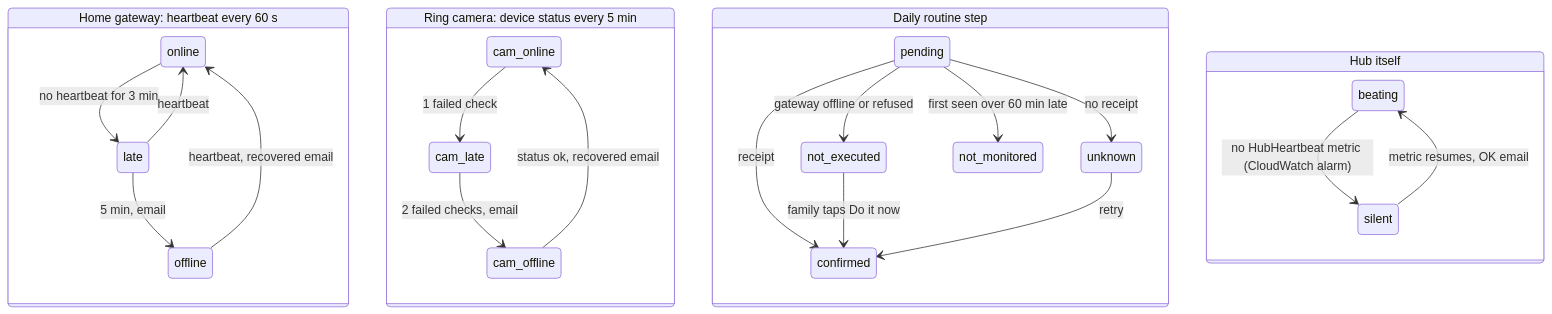
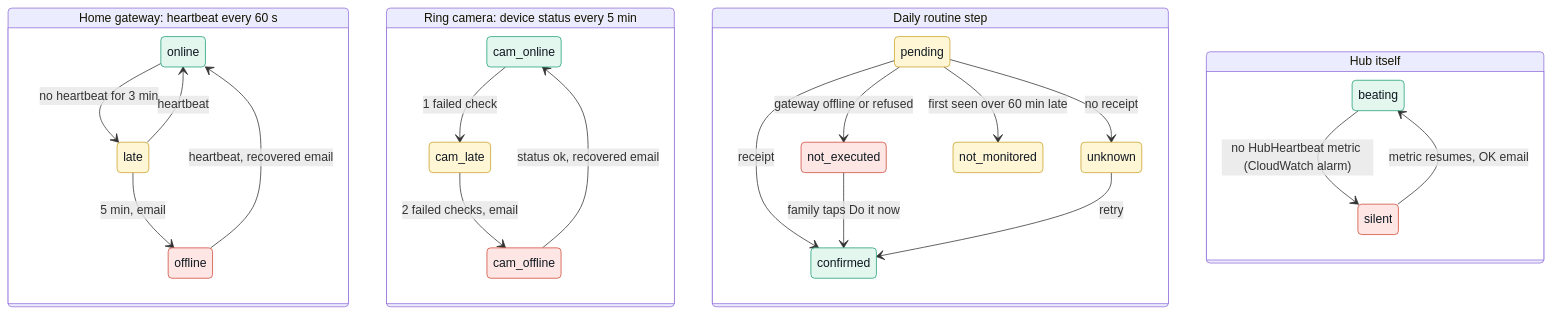
One commit to jiarong0423/ring-home-mcp-hub changed the fourth of 5 diagrams in docs/ARCHITECTURE.md. Above: the diagram before and after it, drawn with Mermaid. The commit also changed other lines of this file and 6 other files, not shown here.

````diff
--- a/docs/ARCHITECTURE.md
+++ b/docs/ARCHITECTURE.md
@@ -114,26 +138,32 @@
 ```mermaid
 stateDiagram-v2
   state "Home gateway: heartbeat every 60 s" as GW {
     online --> late: no heartbeat for 3 min
     late --> offline: 5 min, email
     late --> online: heartbeat
     offline --> online: heartbeat, recovered email
   }
   state "Ring camera: device status every 5 min" as CAM {
     cam_online --> cam_late: 1 failed check
     cam_late --> cam_offline: 2 failed checks, email
     cam_offline --> cam_online: status ok, recovered email
   }
   state "Daily routine step" as RUN {
     pending --> confirmed: receipt
     pending --> not_executed: gateway offline or refused
     pending --> unknown: no receipt
     pending --> not_monitored: first seen over 60 min late
     not_executed --> confirmed: family taps Do it now
     unknown --> confirmed: retry
   }
   state "Hub itself" as HUBS {
     beating --> silent: no HubHeartbeat metric (CloudWatch alarm)
     silent --> beating: metric resumes, OK email
   }
+  classDef good fill:#e3f7ef,stroke:#1f9e78,color:#0f1720
+  classDef warn fill:#fff6d6,stroke:#c9a227,color:#0f1720
+  classDef bad fill:#fde6e3,stroke:#d0493a,color:#0f1720
+  class online, cam_online, confirmed, beating good
+  class late, cam_late, unknown, not_monitored, pending warn
+  class offline, cam_offline, not_executed, silent bad
 ```
````
